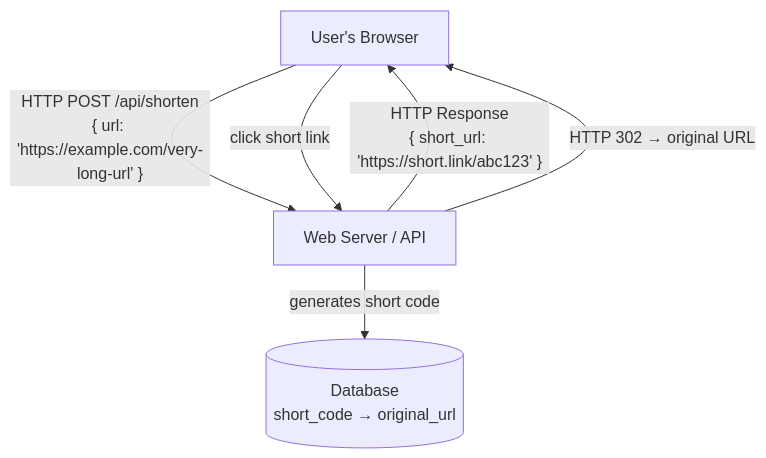
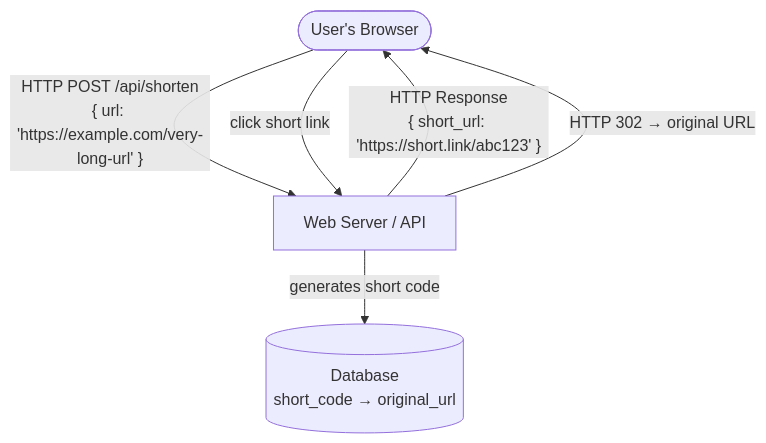
The diagram in docs/guides/exercises/exercise-01-draw-architecture.md (jonathanmark/jts), drawn with Mermaid before and after one commit. The commit also changed 5 other files, not shown here.

Commit message:
Polish diagrams: switchable views via tabs, flowing-edge animation, uniform node sizing, UML shape language, muted palette for all diagram types

````diff
--- a/docs/guides/exercises/exercise-01-draw-architecture.md
+++ b/docs/guides/exercises/exercise-01-draw-architecture.md
@@ -67,9 +67,9 @@
 ```mermaid
 flowchart TD
-    B["User's Browser"]
+    B(["User's Browser"])
     B -->|"HTTP POST /api/shorten<br/>{ url: 'https://example.com/very-long-url' }"| W["Web Server / API"]
     W -->|"generates short code"| D[("Database<br/>short_code → original_url")]
     W -->|"HTTP Response<br/>{ short_url: 'https://short.link/abc123' }"| B
     B -->|"click short link"| W
     W -->|"HTTP 302 → original URL"| B
 ```
````
